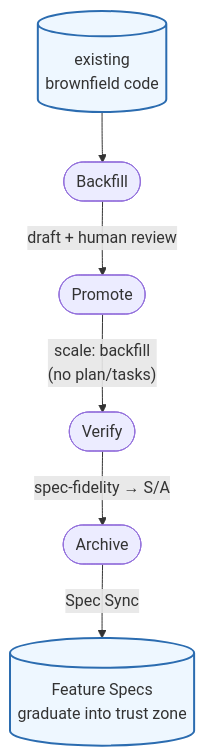
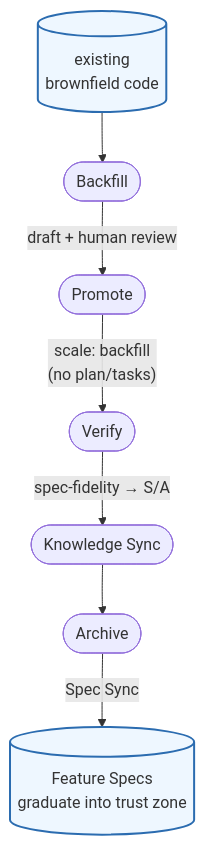
The second of 2 diagrams in README.md (benwu95/prospec), drawn with Mermaid before and after one commit. The commit also changed other lines of this file and 15 other files, not shown here.

````diff
--- a/README.md
+++ b/README.md
@@ -999,9 +1032,9 @@
 ```mermaid
 flowchart TD
-    CODE[("existing<br/>brownfield code")] --> BF([Backfill]) -- "draft + human review" --> PR([Promote]) -- "scale: backfill<br/>(no plan/tasks)" --> V([Verify]) -- "spec-fidelity → S/A" --> A([Archive])
+    CODE[("existing<br/>brownfield code")] --> BF([Backfill]) -- "draft + human review" --> PR([Promote]) -- "scale: backfill<br/>(no plan/tasks)" --> V([Verify]) -- "spec-fidelity → S/A" --> K([Knowledge Sync]) --> A([Archive])
 
     A -- Spec Sync --> FS[("Feature Specs<br/>graduate into trust zone")]
 
     classDef asset fill:#eef7ff,stroke:#2b6cb0,stroke-width:2px;
     class CODE,FS asset;
 ```
````
